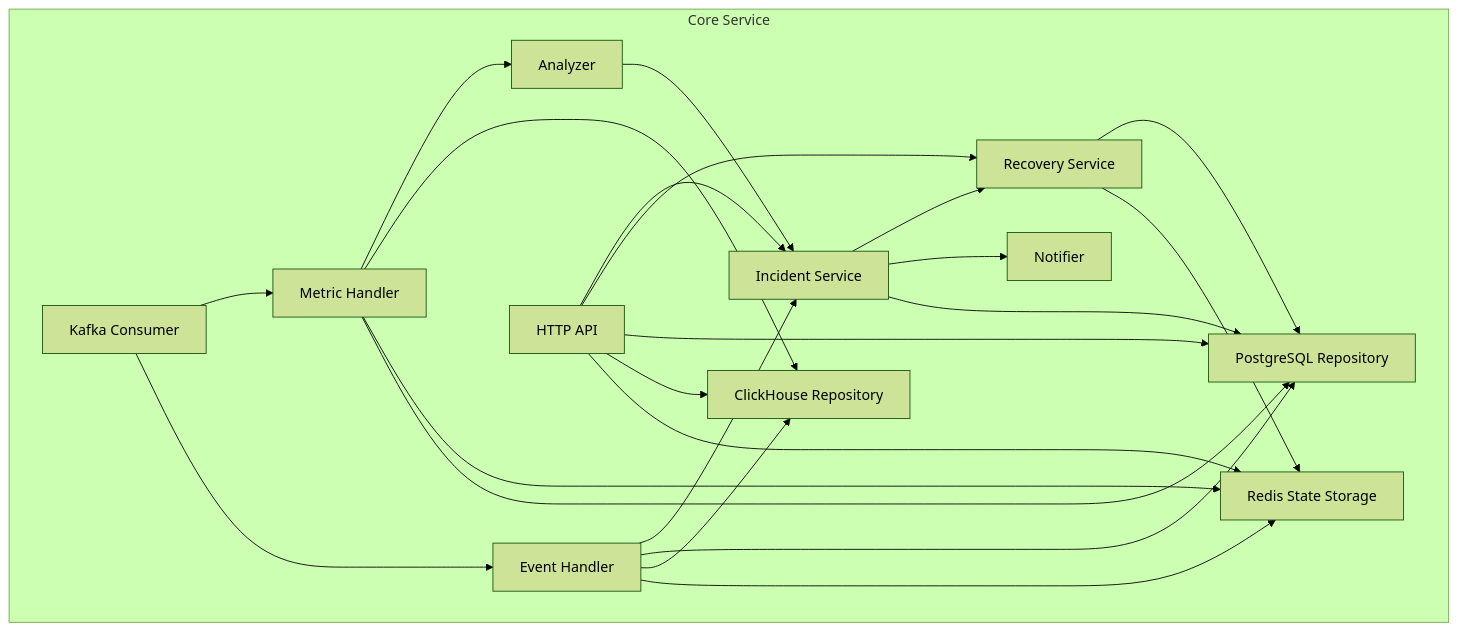
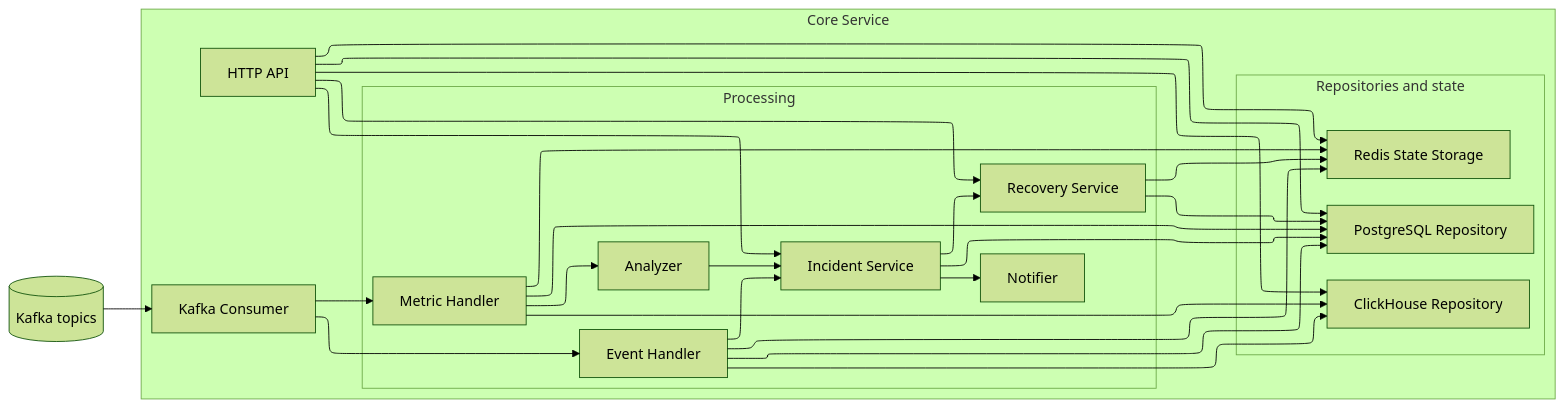
Before and after one commit to MTXIK/container-monitoring: the seventh of 24 diagrams in docs/uml-diagrams.md, drawn with Mermaid (forest theme). The commit also changed other lines of this file, not shown here.

Commit message:
update diagrams

````diff
--- a/docs/uml-diagrams.md
+++ b/docs/uml-diagrams.md
@@ -171,38 +197,52 @@
 ```mermaid
-flowchart TB
+%%{init: {"flowchart": {"defaultRenderer": "elk"}} }%%
+flowchart LR
+    Kafka[("Kafka topics")]
+
     subgraph Core["Core Service"]
+        direction LR
         Consumer["Kafka Consumer"]
-        MetricHandler["Metric Handler"]
-        EventHandler["Event Handler"]
-        Analyzer["Analyzer"]
-        IncidentService["Incident Service"]
-        RecoveryService["Recovery Service"]
-        Notifier["Notifier"]
         HTTPAPI["HTTP API"]
-        PostgresRepo["PostgreSQL Repository"]
-        ClickHouseRepo["ClickHouse Repository"]
-        RedisState["Redis State Storage"]
+
+        subgraph Processing["Processing"]
+            direction TB
+            MetricHandler["Metric Handler"]
+            EventHandler["Event Handler"]
+            Analyzer["Analyzer"]
+            IncidentService["Incident Service"]
+            RecoveryService["Recovery Service"]
+            Notifier["Notifier"]
+        end
+
+        subgraph Repositories["Repositories and state"]
+            direction TB
+            PostgresRepo["PostgreSQL Repository"]
+            ClickHouseRepo["ClickHouse Repository"]
+            RedisState["Redis State Storage"]
+        end
     end
+
+    Kafka --> Consumer
 
     Consumer --> MetricHandler
     Consumer --> EventHandler
     MetricHandler --> Analyzer
     EventHandler --> IncidentService
     Analyzer --> IncidentService
     IncidentService --> RecoveryService
     IncidentService --> Notifier
-    HTTPAPI --> IncidentService
     HTTPAPI --> RecoveryService
-    HTTPAPI --> PostgresRepo
-    HTTPAPI --> ClickHouseRepo
-    HTTPAPI --> RedisState
     MetricHandler --> ClickHouseRepo
     MetricHandler --> RedisState
     MetricHandler --> PostgresRepo
     EventHandler --> PostgresRepo
     EventHandler --> ClickHouseRepo
     EventHandler --> RedisState
     IncidentService --> PostgresRepo
     RecoveryService --> PostgresRepo
     RecoveryService --> RedisState
+    HTTPAPI --> IncidentService
+    HTTPAPI --> PostgresRepo
+    HTTPAPI --> ClickHouseRepo
+    HTTPAPI --> RedisState
 ```
````
